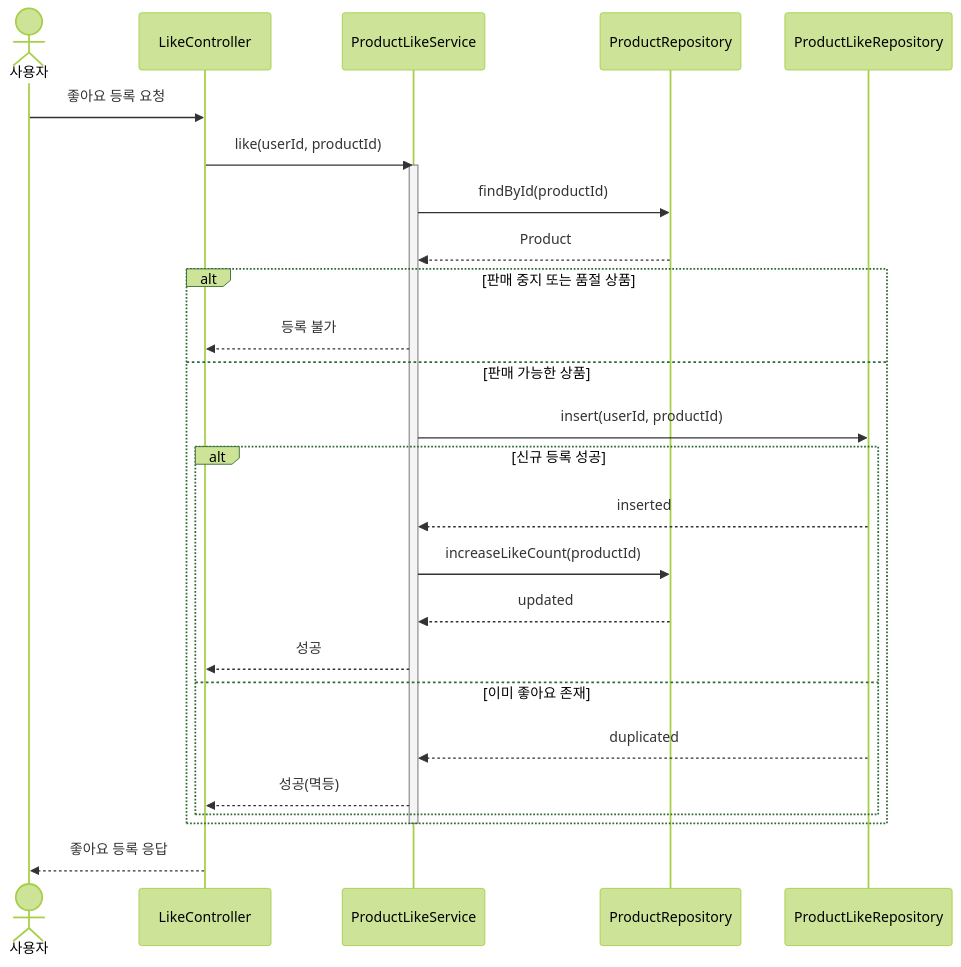
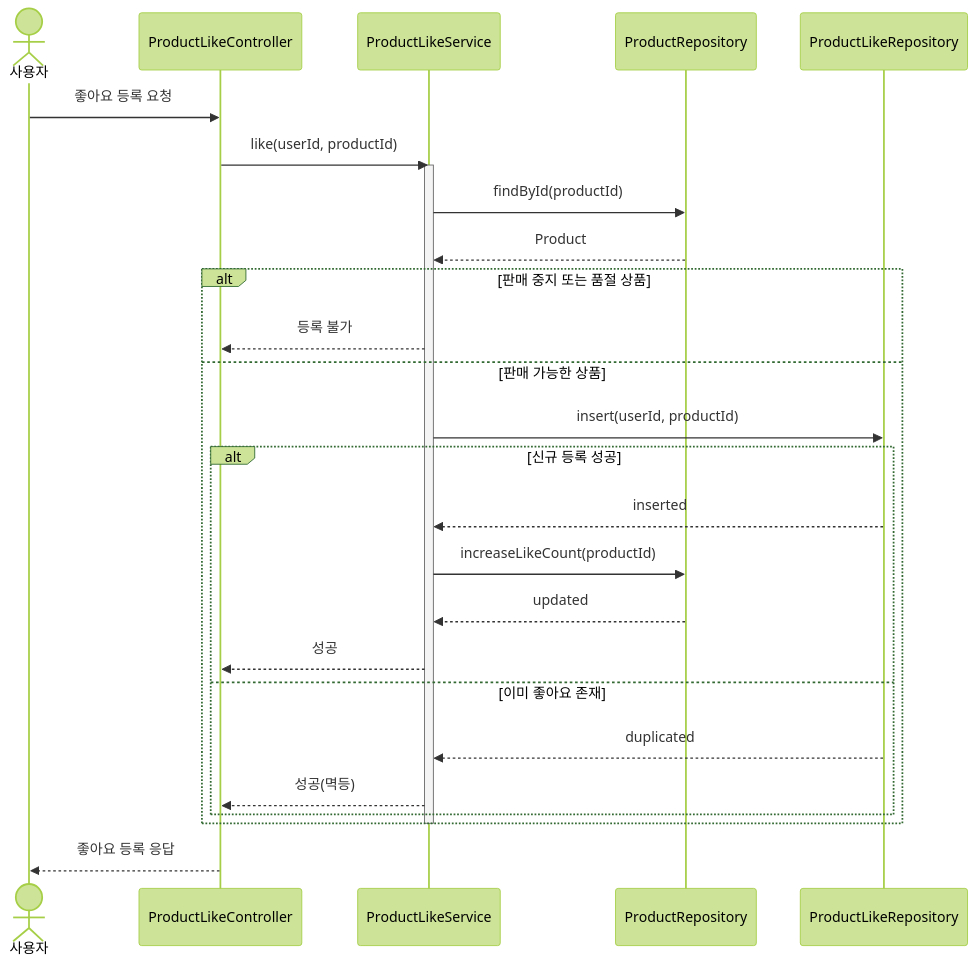
One commit to loopers-labs/loop-pack-be-l2-vol4-java changed the second of 6 diagrams in .docs/design/02-sequence-diagrams.md. Above: the diagram before and after it, drawn with Mermaid (forest theme). The commit also changed other lines of this file and 3 other files, not shown here.

````diff
--- a/.docs/design/02-sequence-diagrams.md
+++ b/.docs/design/02-sequence-diagrams.md
@@ -55,30 +68,30 @@
 ```mermaid
 sequenceDiagram
     actor User as 사용자
-    participant Controller as LikeController
+    participant Controller as ProductLikeController
     participant Service as ProductLikeService
     participant ProductRepo as ProductRepository
     participant LikeRepo as ProductLikeRepository
 
     User->>Controller: 좋아요 등록 요청
     Controller->>Service: like(userId, productId)
     activate Service
     Service->>ProductRepo: findById(productId)
     ProductRepo-->>Service: Product
     alt 판매 중지 또는 품절 상품
         Service-->>Controller: 등록 불가
     else 판매 가능한 상품
         Service->>LikeRepo: insert(userId, productId)
         alt 신규 등록 성공
             LikeRepo-->>Service: inserted
             Service->>ProductRepo: increaseLikeCount(productId)
             ProductRepo-->>Service: updated
             Service-->>Controller: 성공
         else 이미 좋아요 존재
             LikeRepo-->>Service: duplicated
             Service-->>Controller: 성공(멱등)
         end
     end
     deactivate Service
     Controller-->>User: 좋아요 등록 응답
 ```
````
